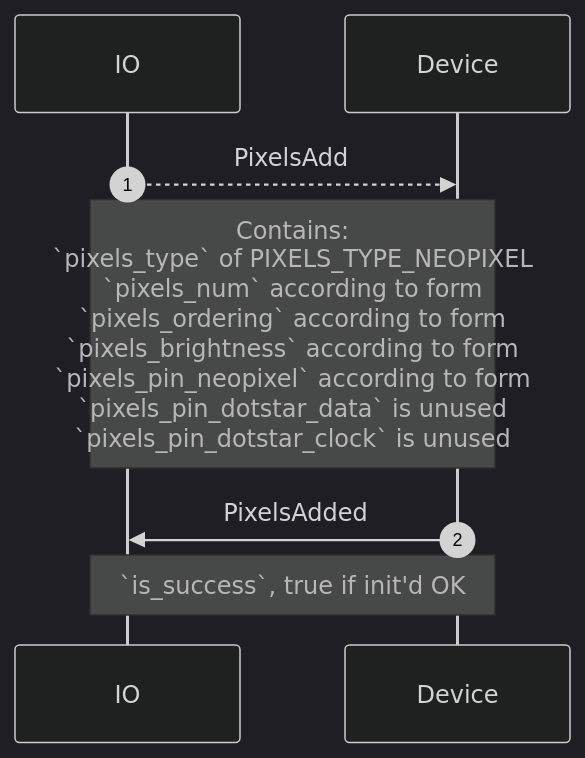
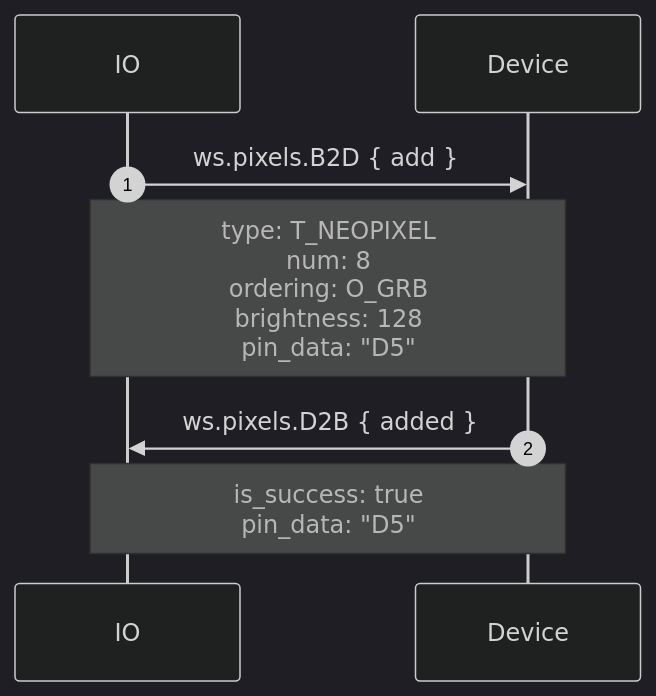
Before and after one commit to adafruit/Wippersnapper_Protobuf: the first of 10 diagrams in proto/wippersnapper/docs/pixels.md, drawn with Mermaid (dark theme). The commit also changed other lines of this file and 10 other files, not shown here.

````diff
--- a/proto/wippersnapper/docs/pixels.md
+++ b/proto/wippersnapper/docs/pixels.md
@@ -15,8 +70,9 @@
 ```mermaid
 sequenceDiagram
 autonumber
-IO-->>Device: PixelsAdd
-Note over IO, Device: Contains:<br> `pixels_type` of PIXELS_TYPE_NEOPIXEL<br>`pixels_num` according to form<br>`pixels_ordering` according to form<br> `pixels_brightness` according to form <br>`pixels_pin_neopixel` according to form<br> `pixels_pin_dotstar_data` is unused<br>`pixels_pin_dotstar_clock` is unused
-Device->>IO: PixelsAdded
-Note over Device,IO: `is_success`, true if init'd OK
+IO->>Device: ws.pixels.B2D { add }
+Note over IO, Device: type: T_NEOPIXEL<br/>num: 8<br/>ordering: O_GRB<br/>brightness: 128<br/>pin_data: "D5"
+
+Device->>IO: ws.pixels.D2B { added }
+Note over Device,IO: is_success: true<br/>pin_data: "D5"
 ```
````
